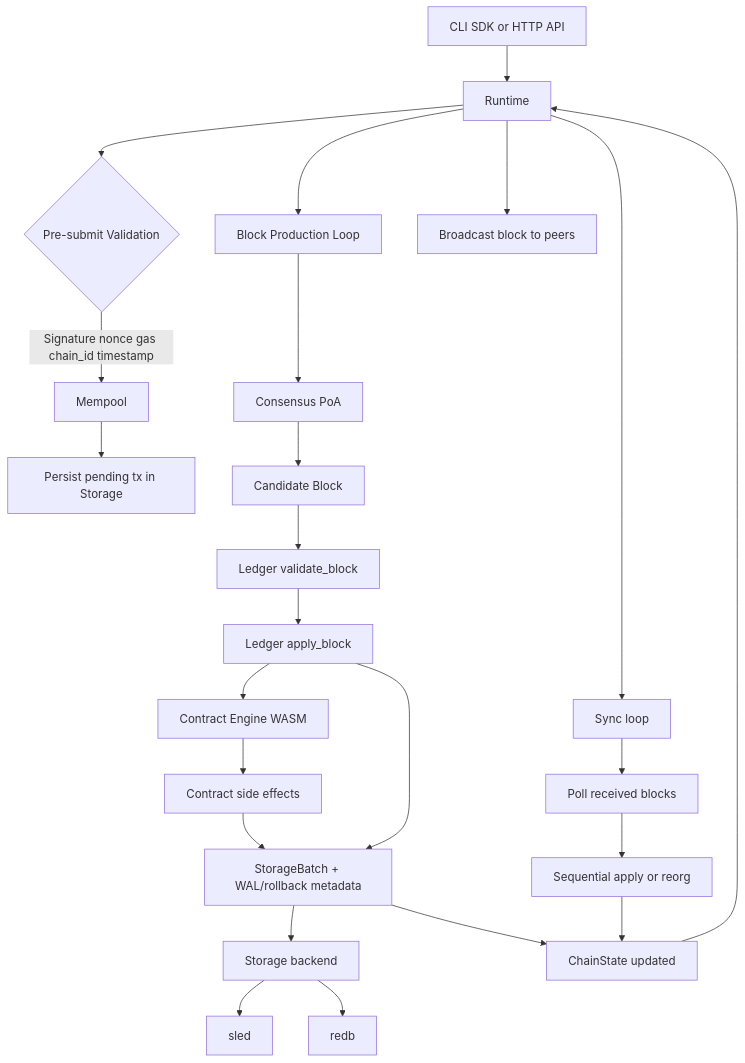
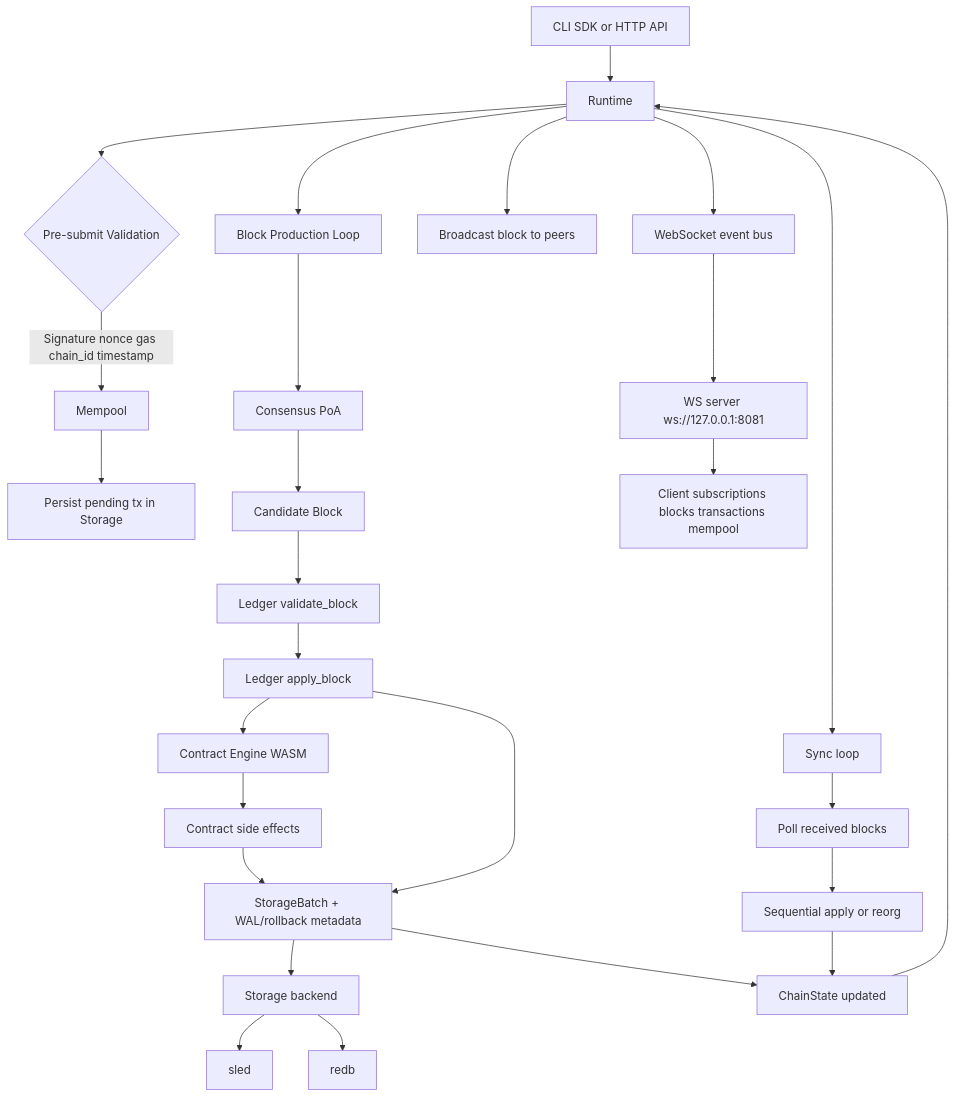
The diagram in README.md (kdsmith18542/BaaLS), drawn with Mermaid before and after one commit. The commit also changed other lines of this file and 17 other files, not shown here.

````diff
--- a/README.md
+++ b/README.md
@@ -80,30 +80,33 @@
 ```mermaid
 graph TD
     A[CLI SDK or HTTP API] --> B[Runtime]
     B --> C{Pre-submit Validation}
     C -->|Signature nonce gas chain_id timestamp| D[Mempool]
     D --> E[Persist pending tx in Storage]
 
     B --> F[Block Production Loop]
     F --> G[Consensus PoA]
     G --> H[Candidate Block]
     H --> I[Ledger validate_block]
     I --> J[Ledger apply_block]
 
     J --> K[Contract Engine WASM]
     K --> L[Contract side effects]
     L --> M[StorageBatch + WAL/rollback metadata]
     J --> M
     M --> N[Storage backend]
     N --> O[sled]
     N --> P[redb]
 
     M --> Q[ChainState updated]
     Q --> B
     B --> R[Broadcast block to peers]
+    B --> V[WebSocket event bus]
+    V --> W[WS server ws://127.0.0.1:8081]
+    W --> X[Client subscriptions blocks transactions mempool]
 
     B --> S[Sync loop]
     S --> T[Poll received blocks]
     T --> U[Sequential apply or reorg]
     U --> Q
 ```
````
